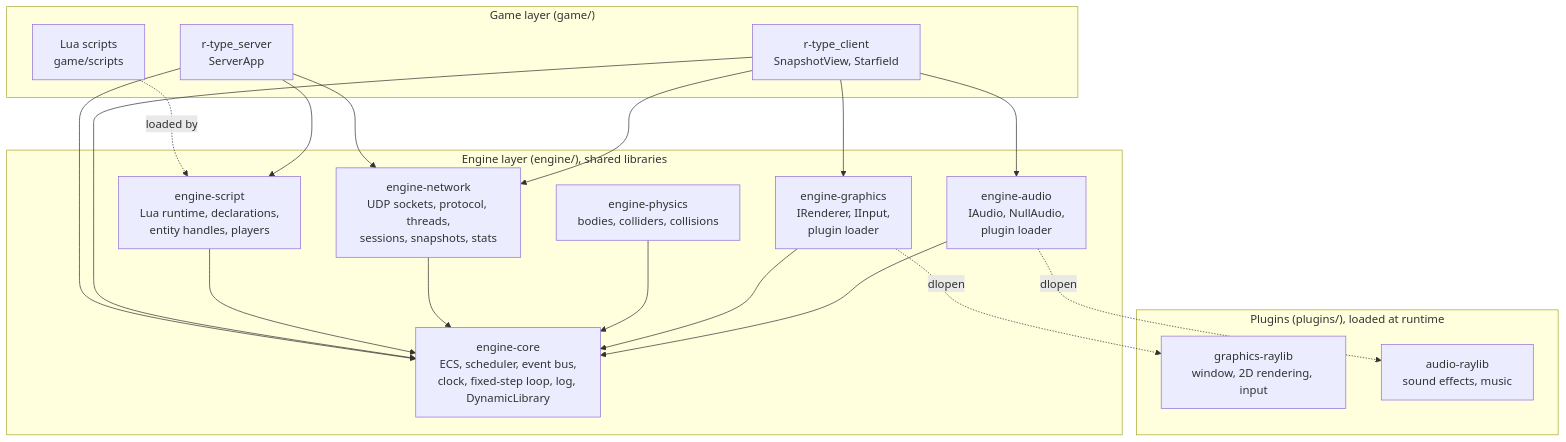
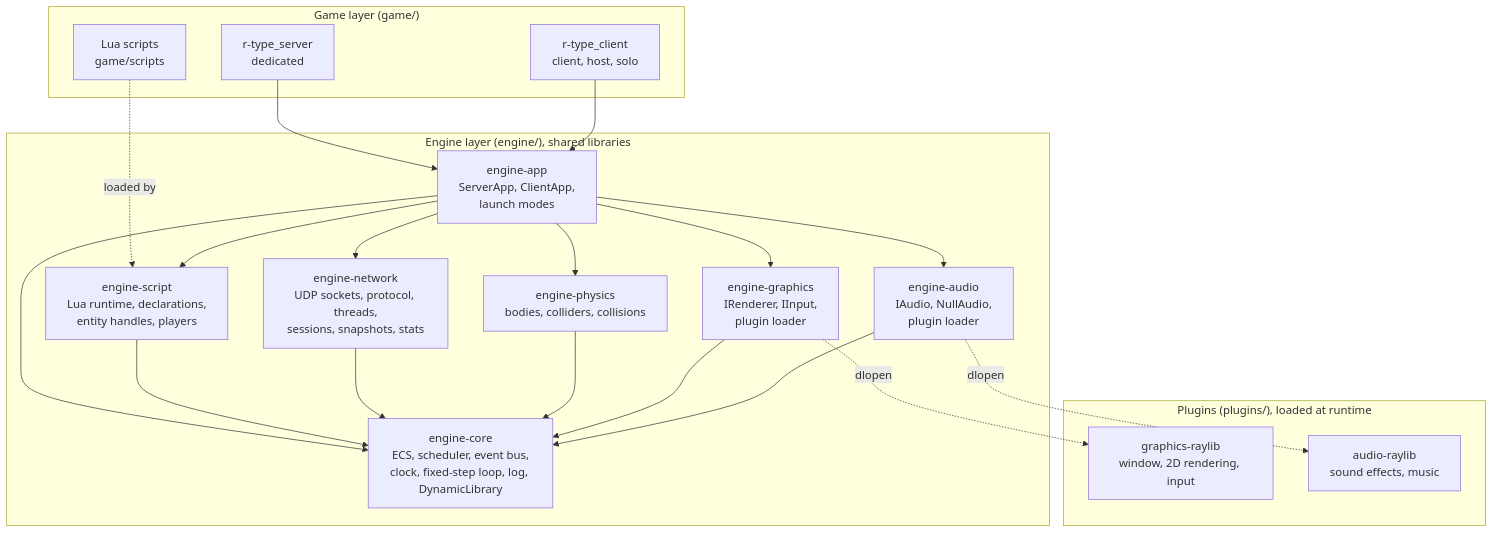
The first of 4 diagrams in docs/architecture.md (Saitamadupauvre/RType), drawn with Mermaid before and after one commit. The commit also changed other lines of this file and 11 other files, not shown here.

Commit message:
docs(app): describe engine-app, play modes and the client Lua input and audio API

````diff
--- a/docs/architecture.md
+++ b/docs/architecture.md
@@ -26,35 +26,37 @@
 ```mermaid
 flowchart TB
     subgraph Game["Game layer (game/)"]
         LUA["Lua scripts<br/>game/scripts"]
-        SRV["r-type_server<br/>ServerApp"]
-        CLI["r-type_client<br/>SnapshotView, Starfield"]
+        SRV["r-type_server<br/>dedicated"]
+        CLI["r-type_client<br/>client, host, solo"]
     end
     subgraph Engine["Engine layer (engine/), shared libraries"]
+        APP["engine-app<br/>ServerApp, ClientApp,<br/>launch modes"]
         CORE["engine-core<br/>ECS, scheduler, event bus,<br/>clock, fixed-step loop, log, DynamicLibrary"]
         SCRIPT["engine-script<br/>Lua runtime, declarations,<br/>entity handles, players"]
         NET["engine-network<br/>UDP sockets, protocol, threads,<br/>sessions, snapshots, stats"]
         PHYS["engine-physics<br/>bodies, colliders, collisions"]
         GFX["engine-graphics<br/>IRenderer, IInput,<br/>plugin loader"]
         AUD["engine-audio<br/>IAudio, NullAudio,<br/>plugin loader"]
     end
     subgraph Plugins["Plugins (plugins/), loaded at runtime"]
         RAY["graphics-raylib<br/>window, 2D rendering, input"]
         RAU["audio-raylib<br/>sound effects, music"]
     end
     LUA -. loaded by .-> SCRIPT
-    SRV --> SCRIPT
-    SRV --> NET
-    SRV --> CORE
-    CLI --> NET
-    CLI --> GFX
-    CLI --> AUD
-    CLI --> CORE
+    SRV --> APP
+    CLI --> APP
+    APP --> SCRIPT
+    APP --> NET
+    APP --> PHYS
+    APP --> GFX
+    APP --> AUD
+    APP --> CORE
     SCRIPT --> CORE
     NET --> CORE
     PHYS --> CORE
     GFX --> CORE
     GFX -. dlopen .-> RAY
     AUD --> CORE
     AUD -. dlopen .-> RAU
 ```
````
